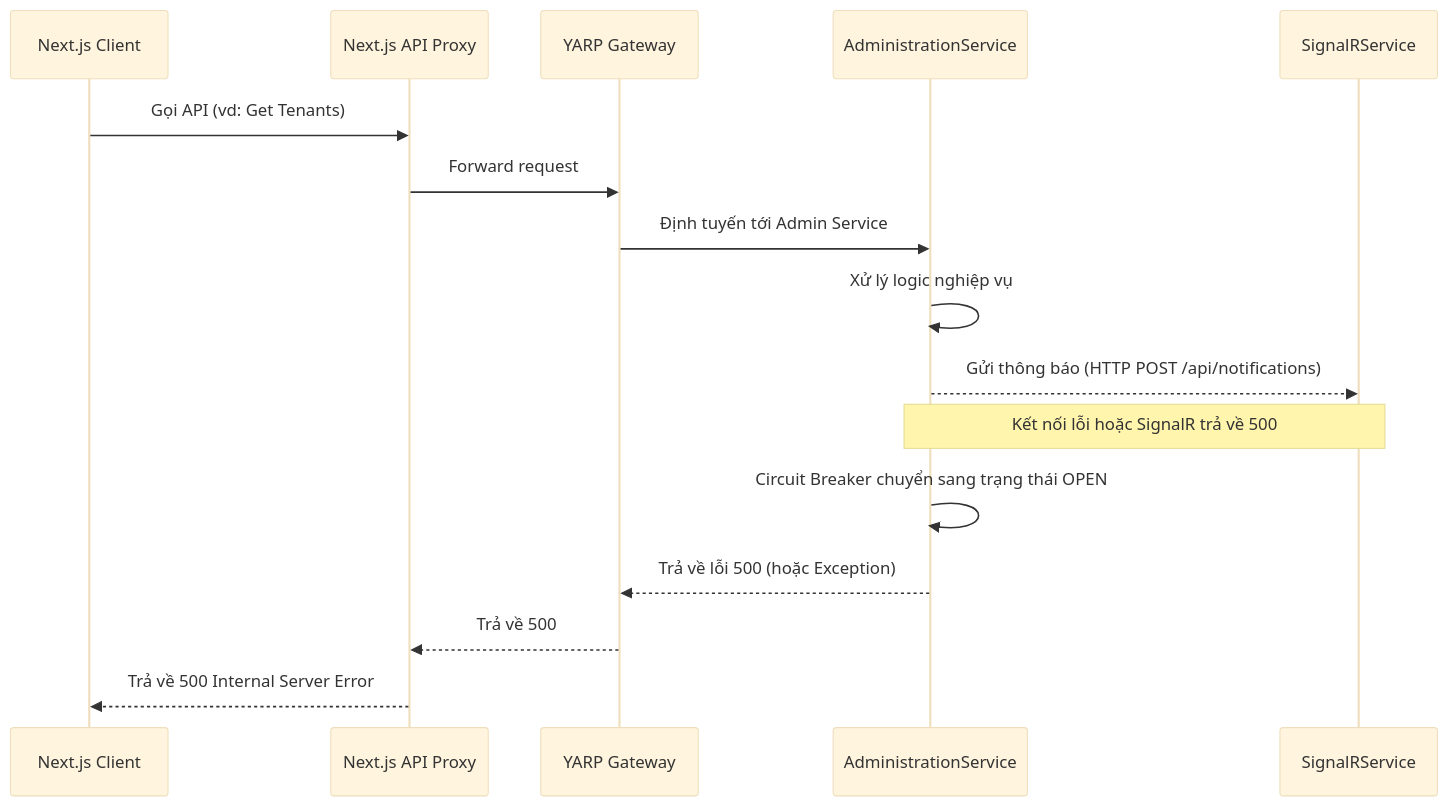
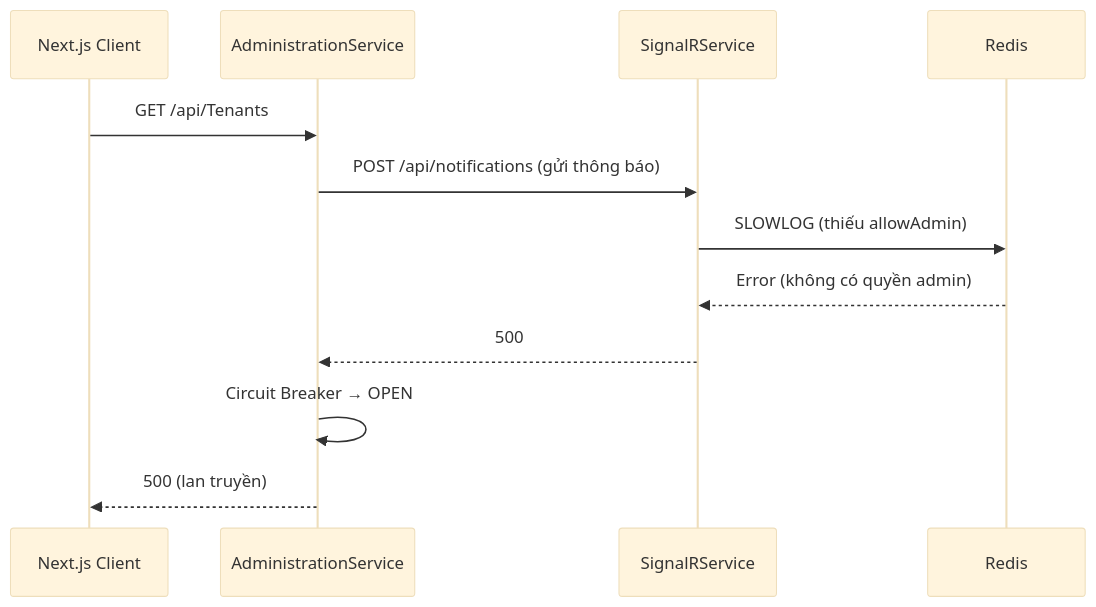
The diagram in .agent/specs/administration/bug-500-signalr-circuit-breaker.spec.md (se7enbaber/newsource), drawn with Mermaid (base theme) before and after one commit. The commit also changed other lines of this file and 13 other files, not shown here.

````diff
--- a/.agent/specs/administration/bug-500-signalr-circuit-breaker.spec.md
+++ b/.agent/specs/administration/bug-500-signalr-circuit-breaker.spec.md
@@ -12,19 +27,15 @@
 ```mermaid
 sequenceDiagram
     participant UI as Next.js Client
-    participant Proxy as Next.js API Proxy
-    participant Gateway as YARP Gateway
     participant Admin as AdministrationService
     participant SignalR as SignalRService
+    participant Redis as Redis
 
-    UI->>Proxy: Gọi API (vd: Get Tenants)
-    Proxy->>Gateway: Forward request
-    Gateway->>Admin: Định tuyến tới Admin Service
-    Admin->>Admin: Xử lý logic nghiệp vụ
-    Admin-->>SignalR: Gửi thông báo (HTTP POST /api/notifications)
-    Note over Admin,SignalR: Kết nối lỗi hoặc SignalR trả về 500
-    Admin->>Admin: Circuit Breaker chuyển sang trạng thái OPEN
-    Admin-->>Gateway: Trả về lỗi 500 (hoặc Exception)
-    Gateway-->>Proxy: Trả về 500
-    Proxy-->>UI: Trả về 500 Internal Server Error
+    UI->>Admin: GET /api/Tenants
+    Admin->>SignalR: POST /api/notifications (gửi thông báo)
+    SignalR->>Redis: SLOWLOG (thiếu allowAdmin)
+    Redis-->>SignalR: Error (không có quyền admin)
+    SignalR-->>Admin: 500
+    Admin->>Admin: Circuit Breaker → OPEN
+    Admin-->>UI: 500 (lan truyền)
 ```
````
